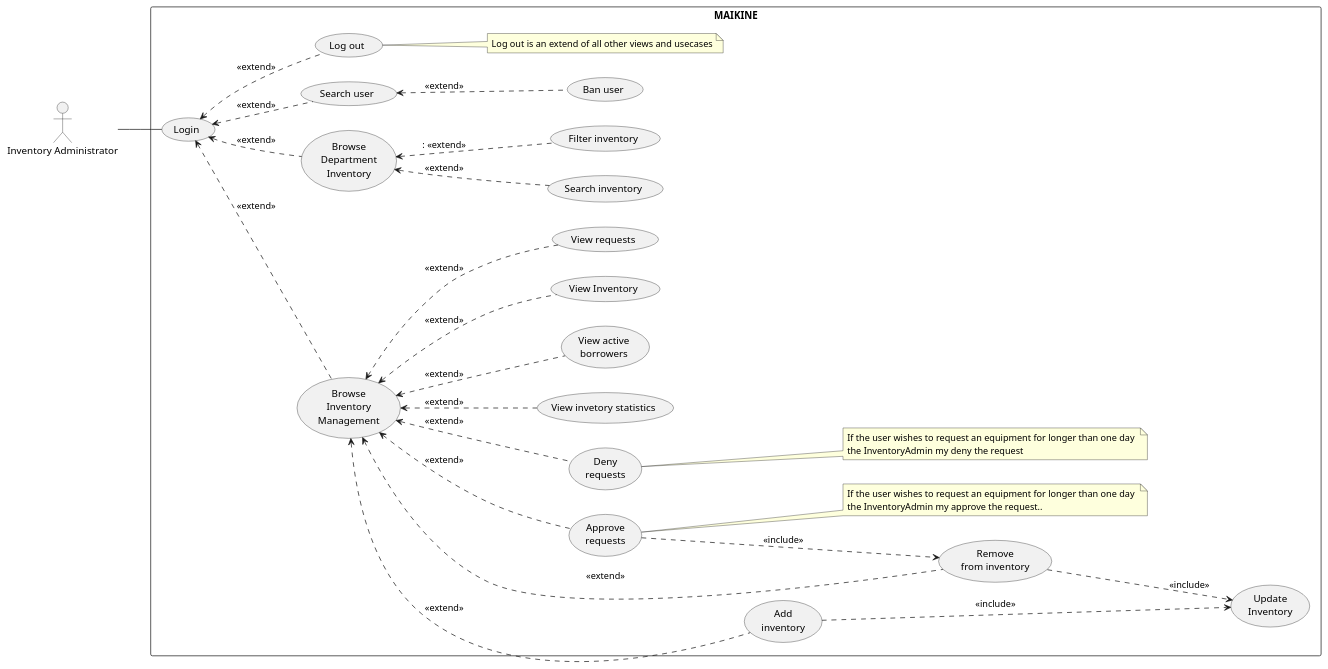
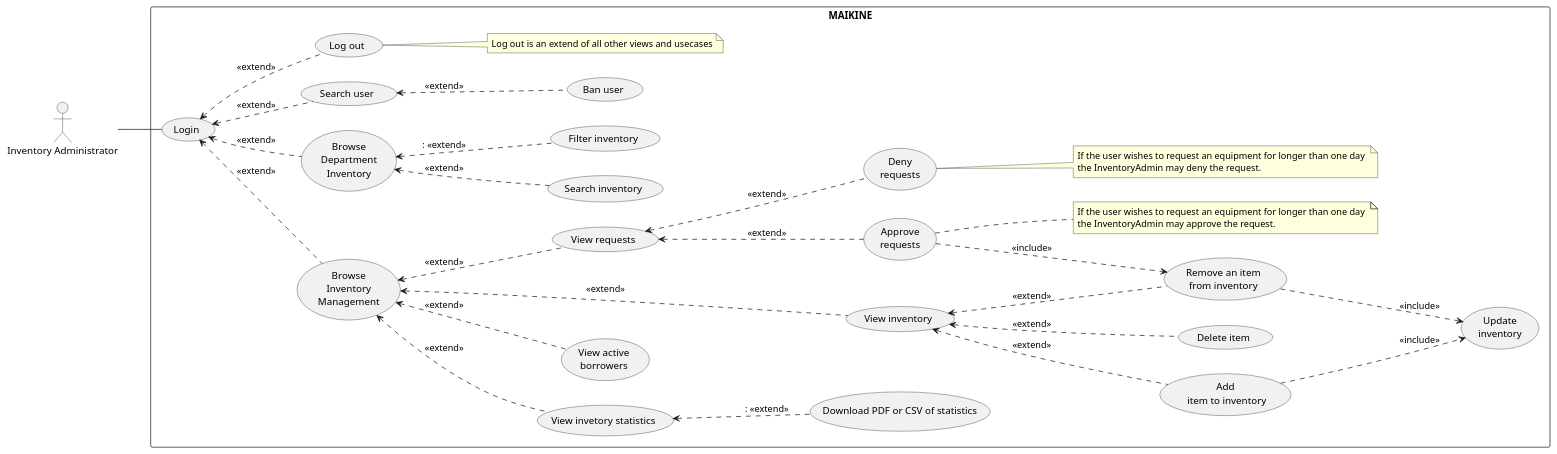
The diagram in usecaseDiagrams/Inventory_Administrator_Diagram.puml (JanPerez35/PlantUML), drawn with PlantUML before and after one commit. The commit also changed 26 other files, not shown here.

Commit message:
Updates use case diagrams and activity diagrams

```diff
--- a/usecaseDiagrams/Inventory_Administrator_Diagram.puml
+++ b/usecaseDiagrams/Inventory_Administrator_Diagram.puml
@@ -1,70 +1,74 @@
 @startuml
 left to right direction
 skinparam packageStyle rectangle
 
 actor "Inventory Administrator" as InventoryAdmin
 
 rectangle MAIKINE {
 
   usecase "Login" as UC_Login
   usecase "Browse\nInventory\nManagement" as UC_InventoryMgmt
-  usecase "Add\ninventory" as UC_AddInventory
-  usecase "Update\nInventory" as UC_UpdateInventory
-  usecase "Remove\nfrom inventory" as UC_RemoveInventory
+  usecase "Add\n item to inventory" as UC_AddInventory
+  usecase "Delete item" as UC_Delete
+  usecase "Update\ninventory" as UC_UpdateInventory
+  usecase "Remove an item\nfrom inventory" as UC_RemoveInventory
   usecase "Approve\nrequests" as UC_ApproveRequests
   usecase "Deny\nrequests" as UC_DenyRequests
   usecase "View invetory statistics" as UC_ViewStatisitcs
   usecase "View active\nborrowers" as UC_ViewBorrowers
   usecase "Browse\nDepartment\nInventory" as UC_DepLending
   usecase "Ban user" as UC_BanUser
   usecase "Search user" as UC_SearchUser
-  usecase "View Inventory" as UC_View
+  usecase "View inventory" as UC_View
   usecase "View requests" as UC_ViewRequest
   usecase "Search inventory" as UC_Search
   usecase "Filter inventory" as UC_Filter
+  usecase "Download PDF or CSV of statistics" as UC_Download
   usecase "Log out" as UC_Logout
 
   note right of (UC_Logout)
   Log out is an extend of all other views and usecases
   end note
 
   note right of (UC_DenyRequests)
   If the user wishes to request an equipment for longer than one day 
-  the InventoryAdmin my deny the request
+  the InventoryAdmin may deny the request.
   end note
 
   note right of (UC_ApproveRequests)
   If the user wishes to request an equipment for longer than one day 
-  the InventoryAdmin my approve the request..
+  the InventoryAdmin may approve the request.
   end note
 
 
 }
 
 InventoryAdmin -- UC_Login
 
 UC_Login <.. UC_Logout : <<extend>>
 UC_Login <.. UC_InventoryMgmt : <<extend>>
 UC_Login <.. UC_DepLending : <<extend>>
 UC_Login <.. UC_SearchUser : <<extend>>
 
-UC_InventoryMgmt <.. UC_AddInventory : <<extend>>
-UC_InventoryMgmt <.. UC_RemoveInventory : <<extend>>
-UC_InventoryMgmt <.. UC_ApproveRequests : <<extend>>
-UC_InventoryMgmt <.. UC_DenyRequests : <<extend>>
+UC_View <.. UC_AddInventory : <<extend>>
+UC_View <.. UC_RemoveInventory : <<extend>>
+UC_View<..UC_Delete: <<extend>>
+UC_ViewRequest <.. UC_ApproveRequests : <<extend>>
+UC_ViewRequest <.. UC_DenyRequests : <<extend>>
 UC_InventoryMgmt <.. UC_ViewBorrowers : <<extend>>
 UC_InventoryMgmt <.. UC_View: <<extend>>
 UC_InventoryMgmt <.. UC_ViewRequest: <<extend>>
 UC_InventoryMgmt <.. UC_ViewStatisitcs : <<extend>>
+UC_ViewStatisitcs <.. UC_Download:: <<extend>>
 
 UC_AddInventory ..> UC_UpdateInventory : <<include>>
 UC_RemoveInventory ..> UC_UpdateInventory : <<include>>
 UC_ApproveRequests ..> UC_RemoveInventory : <<include>>
 
 UC_SearchUser <.. UC_BanUser : <<extend>>
 
 UC_DepLending <.. UC_Search : <<extend>>
 UC_DepLending <.. UC_Filter :: <<extend>>
 
 
 @enduml
```
